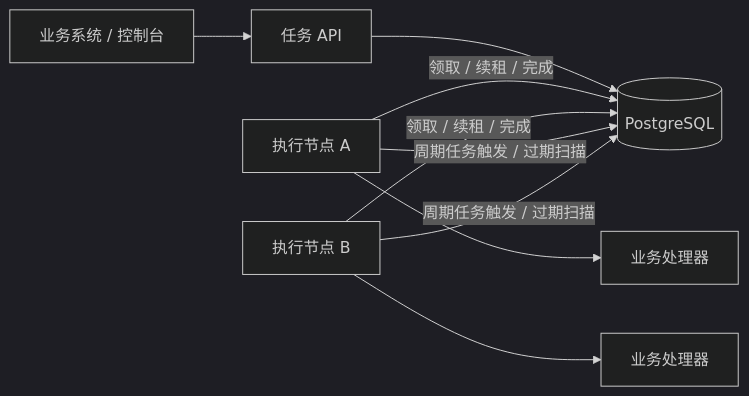
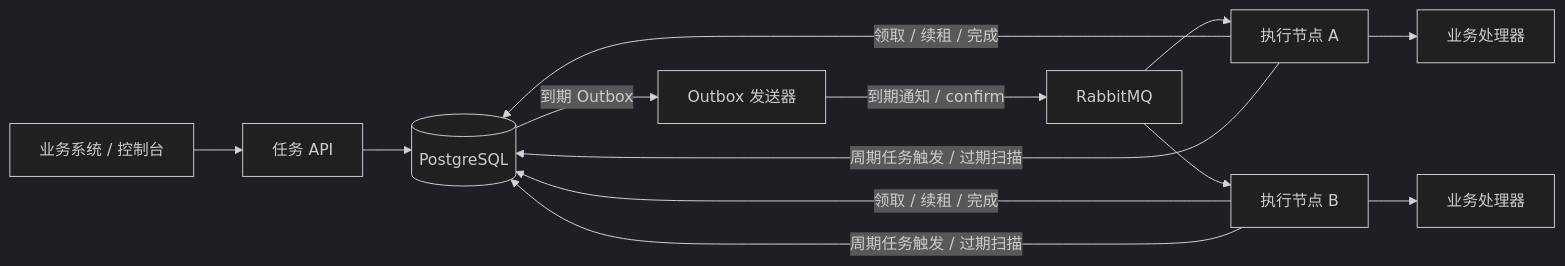
One commit to znnnnnnn-wil/taskforge changed the first of 2 diagrams in docs/architecture.md. Above: the diagram before and after it, drawn with Mermaid (dark theme). The commit also changed other lines of this file and 6 other files, not shown here.

````diff
--- a/docs/architecture.md
+++ b/docs/architecture.md
@@ -5,11 +5,15 @@
 ```mermaid
 flowchart LR
     Client[业务系统 / 控制台] --> API[任务 API]
     API --> DB[(PostgreSQL)]
+    DB -->|到期 Outbox| Relay[Outbox 发送器]
+    Relay -->|到期通知 / confirm| MQ[RabbitMQ]
+    MQ --> A
+    MQ --> B
     A[执行节点 A] -->|领取 / 续租 / 完成| DB
     B[执行节点 B] -->|领取 / 续租 / 完成| DB
     A --> HA[业务处理器]
     B --> HB[业务处理器]
     A -->|周期任务触发 / 过期扫描| DB
     B -->|周期任务触发 / 过期扫描| DB
 ```
````
